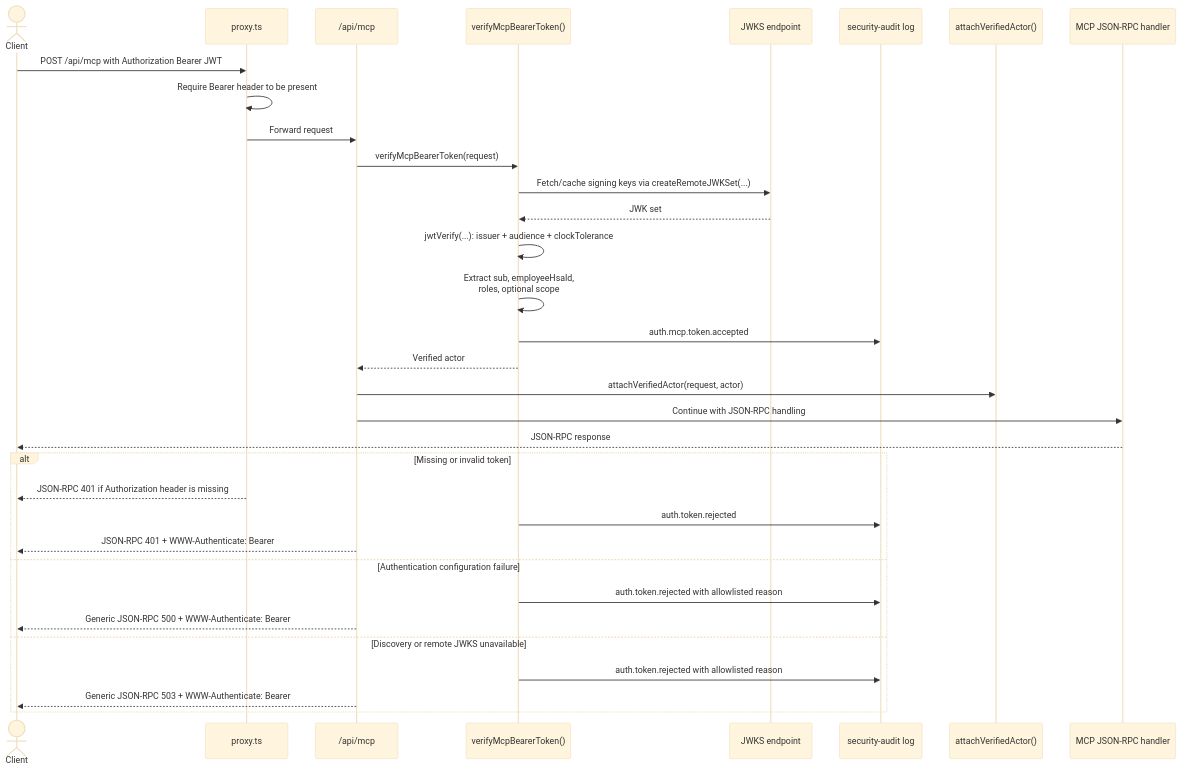
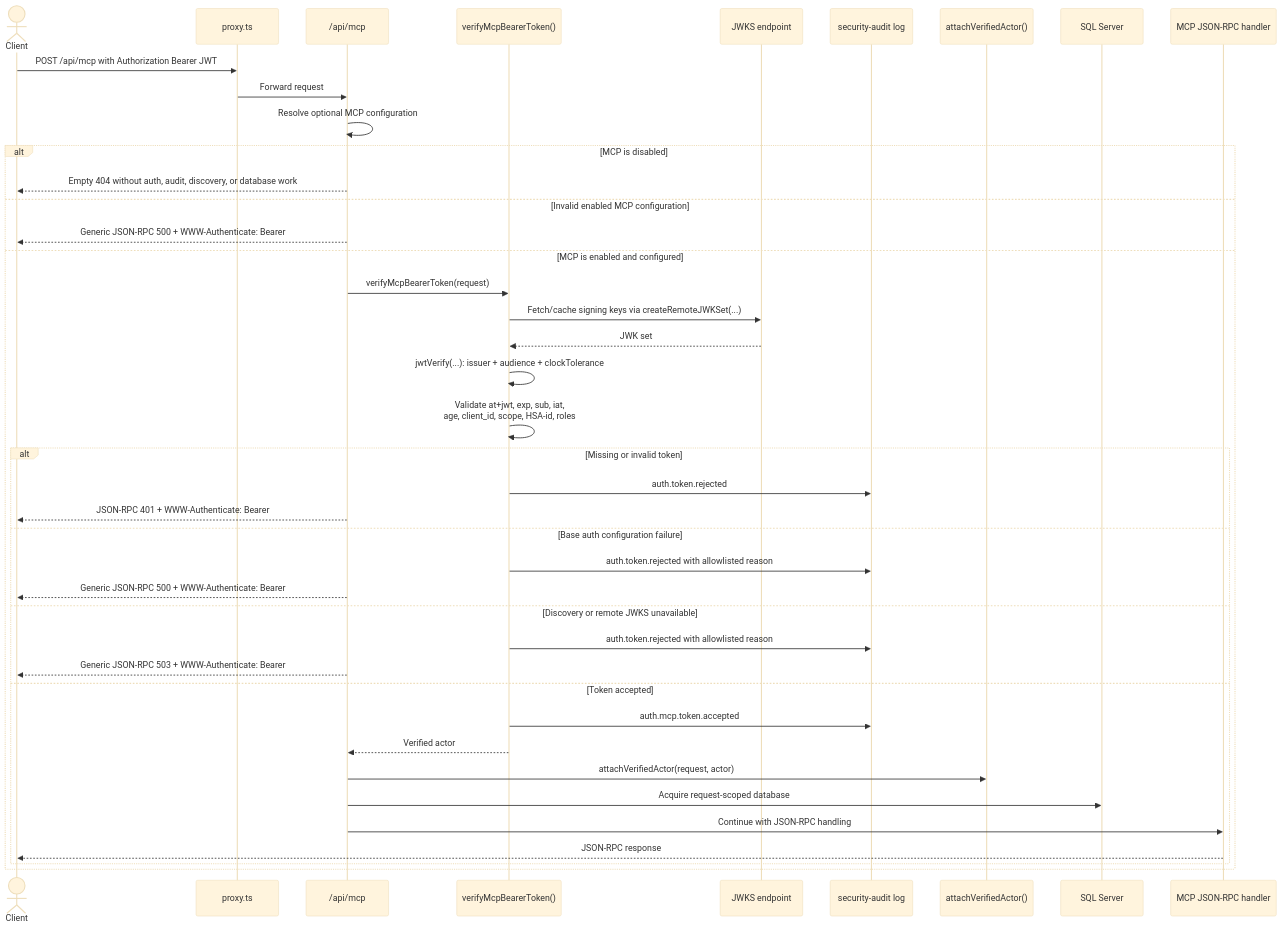
One commit to johlju/Kravhantering changed the second of 2 diagrams in docs/security-privacy/auth-how-it-works.md. Above: the diagram before and after it, drawn with Mermaid (base theme). The commit also changed other lines of this file and 44 other files, not shown here.

````diff
--- a/docs/security-privacy/auth-how-it-works.md
+++ b/docs/security-privacy/auth-how-it-works.md
@@ -175,37 +175,44 @@
 ```mermaid
 sequenceDiagram
     actor Client
     participant Proxy as proxy.ts
     participant Route as /api/mcp
     participant Verify as verifyMcpBearerToken()
     participant JWKS as JWKS endpoint
     participant Audit as security-audit log
     participant Attach as attachVerifiedActor()
+    participant DB as SQL Server
     participant Handler as MCP JSON-RPC handler
 
     Client->>Proxy: POST /api/mcp with Authorization Bearer JWT
-    Proxy->>Proxy: Require Bearer header to be present
     Proxy->>Route: Forward request
-    Route->>Verify: verifyMcpBearerToken(request)
-    Verify->>JWKS: Fetch/cache signing keys via createRemoteJWKSet(...)
-    JWKS-->>Verify: JWK set
-    Verify->>Verify: jwtVerify(...): issuer + audience + clockTolerance
-    Verify->>Verify: Extract sub, employeeHsaId,<br/>roles, optional scope
-    Verify->>Audit: auth.mcp.token.accepted
-    Verify-->>Route: Verified actor
-    Route->>Attach: attachVerifiedActor(request, actor)
-    Route->>Handler: Continue with JSON-RPC handling
-    Handler-->>Client: JSON-RPC response
-
-    alt Missing or invalid token
-        Proxy-->>Client: JSON-RPC 401 if Authorization header is missing
-        Verify->>Audit: auth.token.rejected
-        Route-->>Client: JSON-RPC 401 + WWW-Authenticate: Bearer
-    else Authentication configuration failure
-        Verify->>Audit: auth.token.rejected with allowlisted reason
+    Route->>Route: Resolve optional MCP configuration
+    alt MCP is disabled
+        Route-->>Client: Empty 404 without auth, audit, discovery, or database work
+    else Invalid enabled MCP configuration
         Route-->>Client: Generic JSON-RPC 500 + WWW-Authenticate: Bearer
-    else Discovery or remote JWKS unavailable
-        Verify->>Audit: auth.token.rejected with allowlisted reason
-        Route-->>Client: Generic JSON-RPC 503 + WWW-Authenticate: Bearer
+    else MCP is enabled and configured
+        Route->>Verify: verifyMcpBearerToken(request)
+        Verify->>JWKS: Fetch/cache signing keys via createRemoteJWKSet(...)
+        JWKS-->>Verify: JWK set
+        Verify->>Verify: jwtVerify(...): issuer + audience + clockTolerance
+        Verify->>Verify: Validate at+jwt, exp, sub, iat,<br/>age, client_id, scope, HSA-id, roles
+        alt Missing or invalid token
+            Verify->>Audit: auth.token.rejected
+            Route-->>Client: JSON-RPC 401 + WWW-Authenticate: Bearer
+        else Base auth configuration failure
+            Verify->>Audit: auth.token.rejected with allowlisted reason
+            Route-->>Client: Generic JSON-RPC 500 + WWW-Authenticate: Bearer
+        else Discovery or remote JWKS unavailable
+            Verify->>Audit: auth.token.rejected with allowlisted reason
+            Route-->>Client: Generic JSON-RPC 503 + WWW-Authenticate: Bearer
+        else Token accepted
+            Verify->>Audit: auth.mcp.token.accepted
+            Verify-->>Route: Verified actor
+            Route->>Attach: attachVerifiedActor(request, actor)
+            Route->>DB: Acquire request-scoped database
+            Route->>Handler: Continue with JSON-RPC handling
+            Handler-->>Client: JSON-RPC response
+        end
     end
 ```
````
